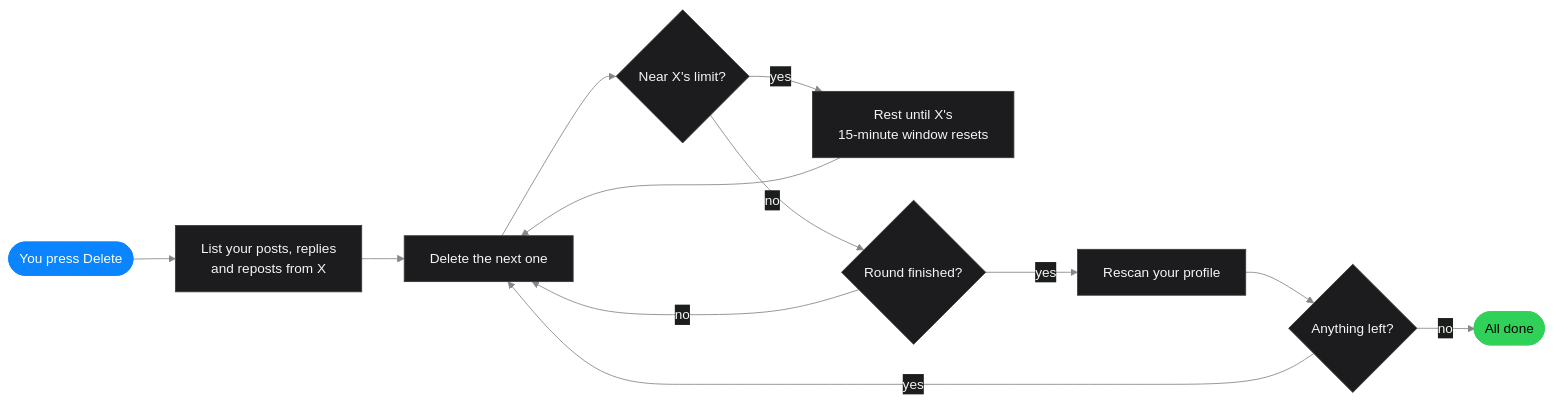
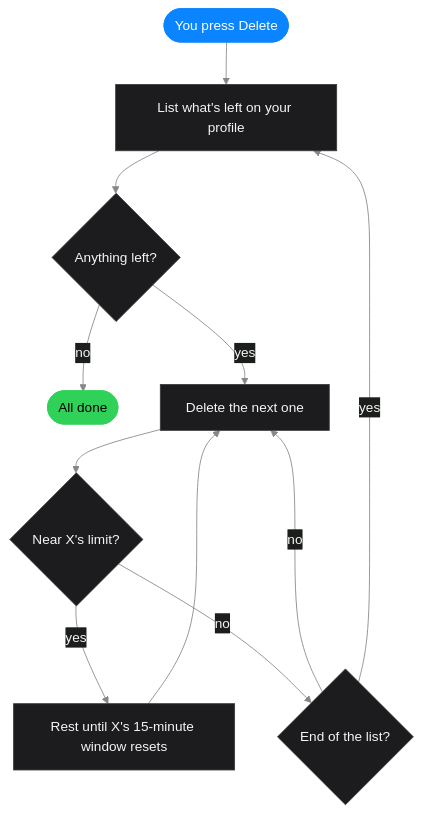
Before and after one commit to akxsh-dev/tweet-wiper: the diagram in README.md, drawn with Mermaid.

Commit message:
Simplify the How it works diagram

````diff
--- a/README.md
+++ b/README.md
@@ -157,19 +157,18 @@
 ```mermaid
 %%{init: {'theme':'base', 'themeVariables': {'fontFamily':'-apple-system, Segoe UI, Helvetica, Arial, sans-serif', 'primaryColor':'#1c1c1e', 'primaryTextColor':'#f5f5f7', 'primaryBorderColor':'#3a3a3c', 'lineColor':'#86868b', 'tertiaryColor':'#2c2c2e'}}}%%
-flowchart LR
-    A(["You press Delete"]) --> B["List your posts, replies<br/>and reposts from X"]
-    B --> C["Delete the next one"]
+flowchart TB
+    A(["You press Delete"]) --> B["List what's left on your profile"]
+    B --> Q{"Anything left?"}
+    Q -- no --> Z(["All done"])
+    Q -- yes --> C["Delete the next one"]
     C --> D{"Near X's limit?"}
-    D -- yes --> E["Rest until X's<br/>15-minute window resets"]
+    D -- yes --> E["Rest until X's 15-minute window resets"]
     E --> C
-    D -- no --> F{"Round finished?"}
+    D -- no --> F{"End of the list?"}
     F -- no --> C
-    F -- yes --> G["Rescan your profile"]
-    G --> H{"Anything left?"}
-    H -- yes --> C
-    H -- no --> I(["All done"])
+    F -- yes --> B
     classDef start fill:#0a84ff,stroke:#0a84ff,color:#fff
     classDef done fill:#30d158,stroke:#30d158,color:#000
     class A start
-    class I done
+    class Z done
 ```
````
